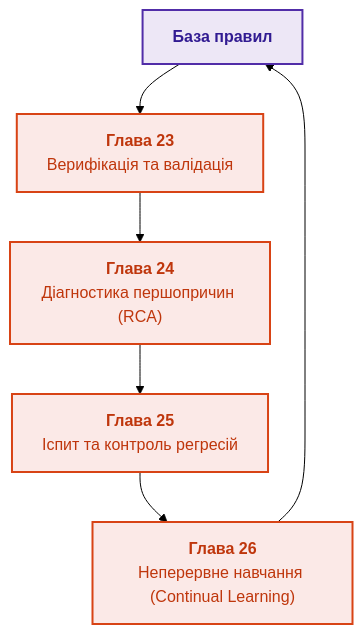
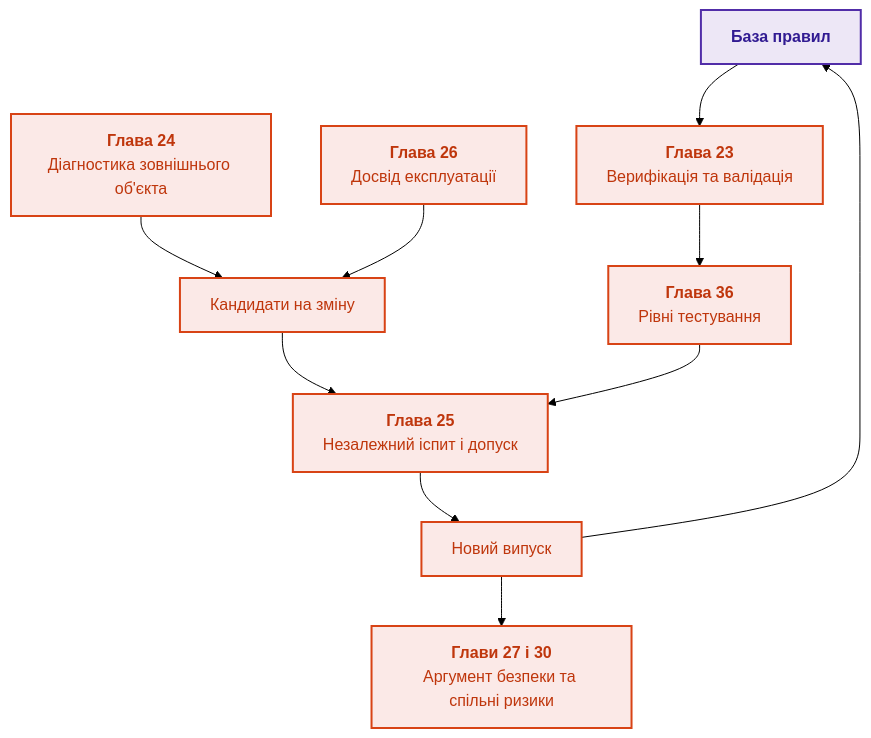
The diagram in ExpertSystem/part-05-verification-and-learning.md (nick-fedchik/articles), drawn with Mermaid (forest theme) before and after one commit. The commit also changed other lines of this file and 47 other files, not shown here.

````diff
--- a/ExpertSystem/part-05-verification-and-learning.md
+++ b/ExpertSystem/part-05-verification-and-learning.md
@@ -22,17 +19,21 @@
 ```mermaid
 flowchart TD
     accTitle: Цикл надійності та навчання Частини V
-    accDescr: Від верифікації бази знань та діагностики відмов до екзаменаційного тестування та неперервного навчання.
+    accDescr: Перевірка правил і діагностика дають матеріал для незалежного іспиту, керованого випуску та обґрунтування безпеки.
 
     KB["<b>База правил</b>"] --> VER["<b>Глава 23</b><br/>Верифікація та валідація"]
-    VER --> DIAG["<b>Глава 24</b><br/>Діагностика першопричин (RCA)"]
-    DIAG --> EXAM["<b>Глава 25</b><br/>Іспит та контроль регресій"]
-    EXAM --> LEARN["<b>Глава 26</b><br/>Неперервне навчання (Continual Learning)"]
-    LEARN --> KB
+    VER --> TEST["<b>Глава 36</b><br/>Рівні тестування"]
+    DIAG["<b>Глава 24</b><br/>Діагностика зовнішнього об'єкта"] --> CAND["Кандидати на зміну"]
+    LEARN["<b>Глава 26</b><br/>Досвід експлуатації"] --> CAND
+    CAND --> EXAM["<b>Глава 25</b><br/>Незалежний іспит і допуск"]
+    TEST --> EXAM
+    EXAM --> RELEASE["Новий випуск"]
+    RELEASE --> KB
+    RELEASE --> CASE["<b>Глави 27 і 30</b><br/>Аргумент безпеки та спільні ризики"]
 
     classDef proc fill:#fbe9e7,stroke:#d84315,stroke-width:2px,color:#bf360c;
     classDef base fill:#ede7f6,stroke:#512da8,stroke-width:2px,color:#311b92;
 
     class KB base;
-    class VER,DIAG,EXAM,LEARN proc;
+    class VER,TEST,DIAG,CAND,EXAM,LEARN,RELEASE,CASE proc;
 ```
````
